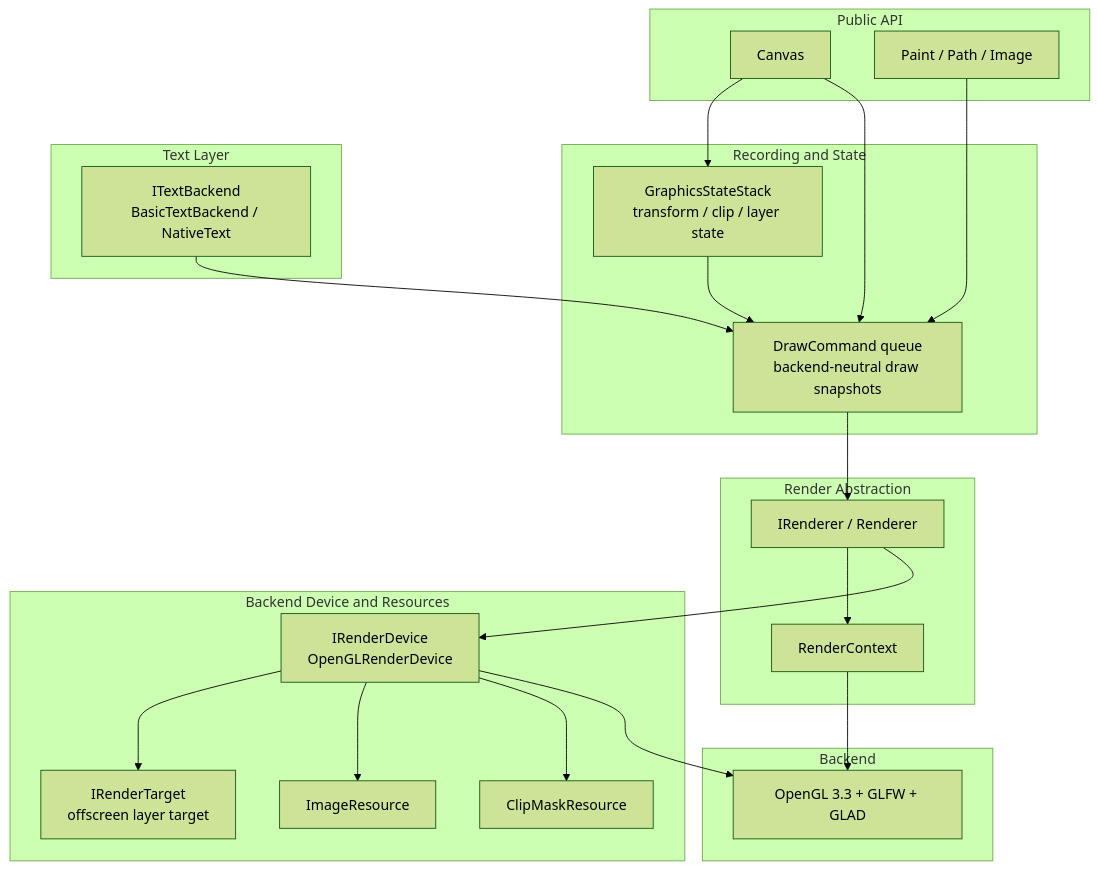
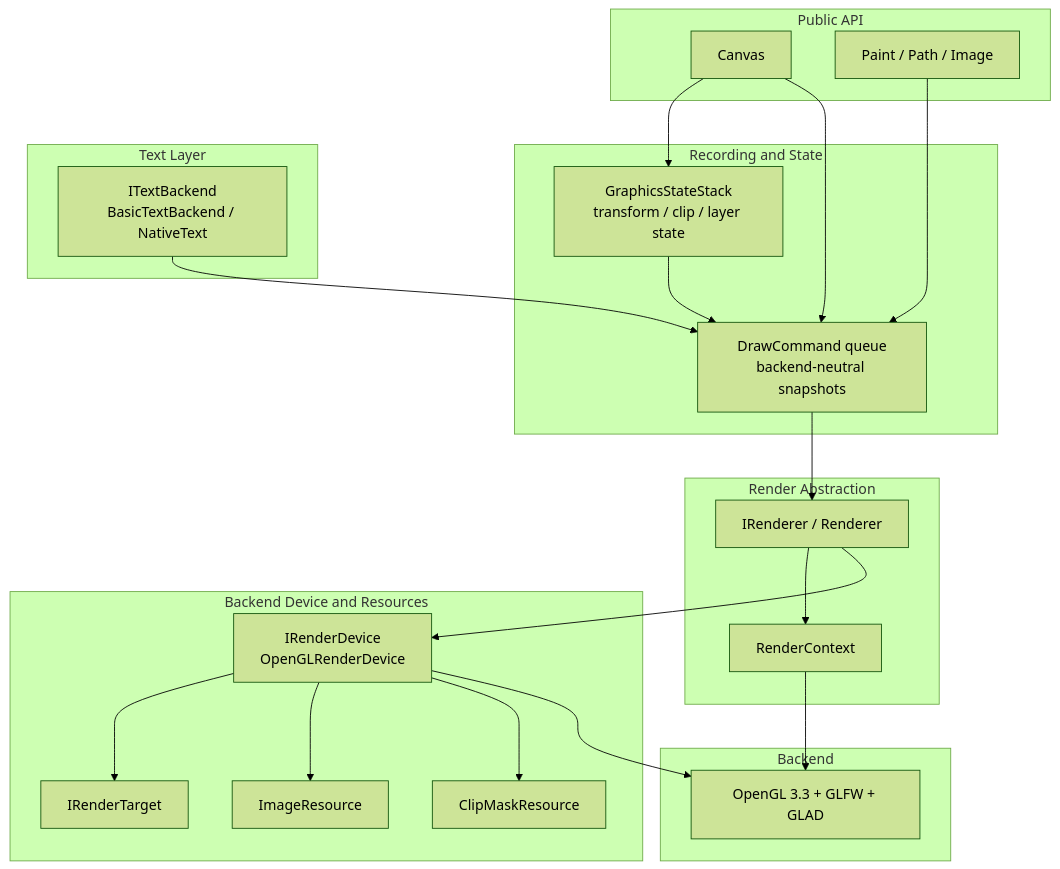
Before and after one commit to ClarkWain/WhatsCanvas: the diagram in README.md, drawn with Mermaid (forest theme). The commit also changed other lines of this file, not shown here.

````diff
--- a/README.md
+++ b/README.md
@@ -36,46 +102,46 @@
 ```mermaid
 flowchart TD
 	subgraph API[Public API]
 		Canvas[Canvas]
 		Paint[Paint / Path / Image]
 	end
 
 	subgraph Recording[Recording and State]
 		State[GraphicsStateStack\ntransform / clip / layer state]
-		Commands[DrawCommand queue\nbackend-neutral draw snapshots]
+		Commands[DrawCommand queue\nbackend-neutral snapshots]
 	end
 
 	subgraph Text[Text Layer]
 		TextBackend[ITextBackend\nBasicTextBackend / NativeText]
 	end
 
 	subgraph Render[Render Abstraction]
 		Renderer[IRenderer / Renderer]
 		Context[RenderContext]
 	end
 
 	subgraph Device[Backend Device and Resources]
 		DeviceApi[IRenderDevice\nOpenGLRenderDevice]
-		Target[IRenderTarget\noffscreen layer target]
+		Target[IRenderTarget]
 		ImageRes[ImageResource]
 		ClipRes[ClipMaskResource]
 	end
 
 	subgraph Backend[Backend]
 		OpenGL[OpenGL 3.3 + GLFW + GLAD]
 	end
 
 	Canvas --> State
 	Canvas --> Commands
 	Paint --> Commands
 	TextBackend --> Commands
 	State --> Commands
 	Commands --> Renderer
 	Renderer --> Context
 	Renderer --> DeviceApi
 	DeviceApi --> Target
 	DeviceApi --> ImageRes
 	DeviceApi --> ClipRes
 	Context --> OpenGL
 	DeviceApi --> OpenGL
 ```
````
